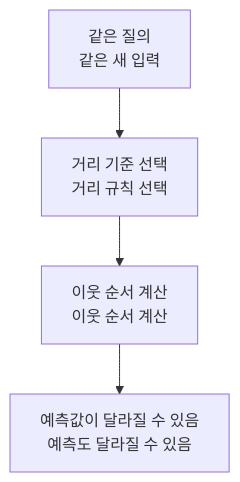
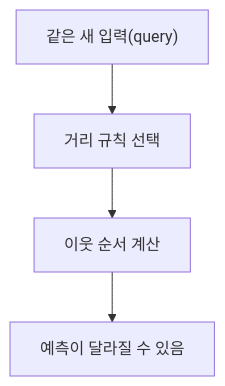
One commit to devchan64/AiBook changed the diagram in docs/assets/part-04/chapter-12/p4-12-2-mermaid-01-ko.mmd. Above: the diagram before and after it, drawn with Mermaid. The commit also changed 5 other files, not shown here.

Commit message:
Refine duplicated part 4 mermaid labels

```diff
--- a/docs/assets/part-04/chapter-12/p4-12-2-mermaid-01-ko.mmd
+++ b/docs/assets/part-04/chapter-12/p4-12-2-mermaid-01-ko.mmd
@@ -1,7 +1,7 @@
 flowchart TD
-  A["같은 질의<br/>같은 새 입력"]
-  B["거리 기준 선택<br/>거리 규칙 선택"]
-  C["이웃 순서 계산<br/>이웃 순서 계산"]
-  D["예측값이 달라질 수 있음<br/>예측도 달라질 수 있음"]
+  A["같은 새 입력(query)"]
+  B["거리 규칙 선택"]
+  C["이웃 순서 계산"]
+  D["예측이 달라질 수 있음"]
 
   A --> B --> C --> D
```
